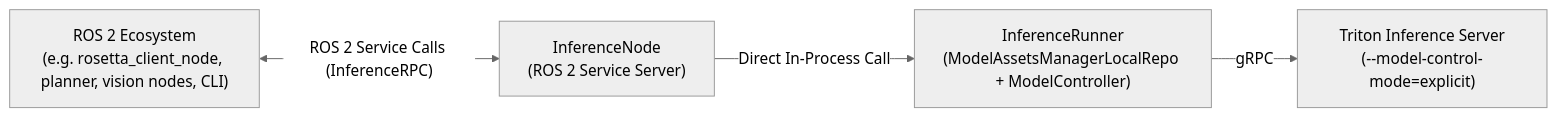
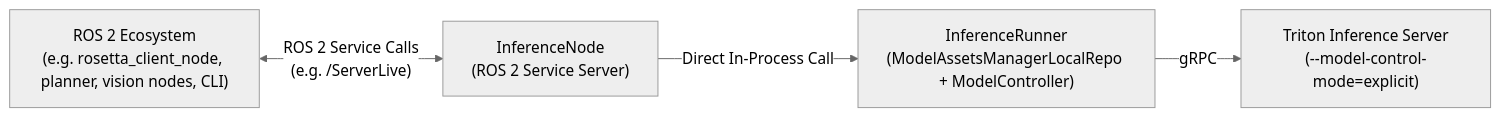
The diagram in intrinsic_inference/ros/inference_node/README.md (intrinsic-ai/intrinsic-inference), drawn with Mermaid (neutral theme) before and after one commit. The commit also changed other lines of this file and 24 other files, not shown here.

````diff
--- a/intrinsic_inference/ros/inference_node/README.md
+++ b/intrinsic_inference/ros/inference_node/README.md
@@ -51,11 +47,11 @@
 ```mermaid
 flowchart LR
     A["ROS 2 Ecosystem<br>(e.g. rosetta_client_node, planner, vision nodes, CLI)"]
     B["InferenceNode<br>(ROS 2 Service Server)"]
     C["InferenceRunner<br>(ModelAssetsManagerLocalRepo + ModelController)"]
     D["Triton Inference Server<br>(--model-control-mode=explicit)"]
 
-    A <-->|"ROS 2 Service Calls (InferenceRPC)"| B
+    A <-->|"ROS 2 Service Calls<br>(e.g. /ServerLive)"| B
     B -->|"Direct In-Process Call"| C
     C -->|"gRPC"| D
 ```
````
